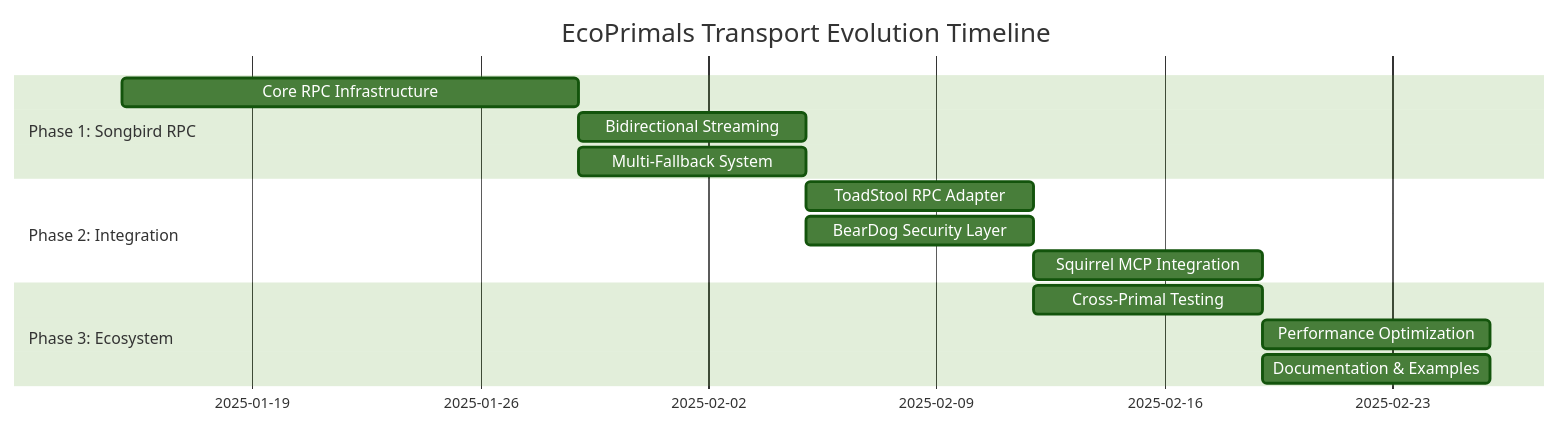
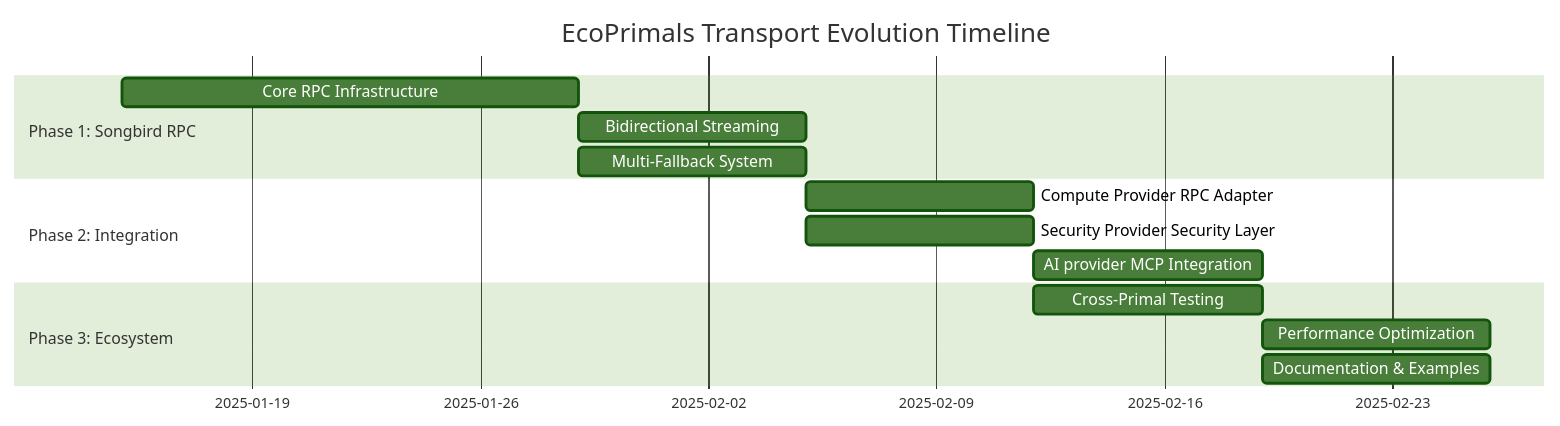
The diagram in specs/TRANSPORT_SYSTEM_EVOLUTION_SPEC.md (ecoPrimals/songBird), drawn with Mermaid (forest theme) before and after one commit. The commit also changed other lines of this file and 318 other files, not shown here.

````diff
--- a/specs/TRANSPORT_SYSTEM_EVOLUTION_SPEC.md
+++ b/specs/TRANSPORT_SYSTEM_EVOLUTION_SPEC.md
@@ -312,19 +312,19 @@
 ```mermaid
 gantt
     title EcoPrimals Transport Evolution Timeline
     dateFormat  YYYY-MM-DD
     section Phase 1: Songbird RPC
     Core RPC Infrastructure    :p1, 2025-01-15, 2w
     Bidirectional Streaming    :p2, after p1, 1w
     Multi-Fallback System      :p3, after p1, 1w
     
     section Phase 2: Integration
-    ToadStool RPC Adapter      :i1, after p2, 1w
-    BearDog Security Layer     :i2, after p3, 1w
-    Squirrel MCP Integration   :i3, after i1, 1w
+    Compute Provider RPC Adapter      :i1, after p2, 1w
+    Security Provider Security Layer     :i2, after p3, 1w
+    AI provider MCP Integration   :i3, after i1, 1w
     
     section Phase 3: Ecosystem
     Cross-Primal Testing       :e1, after i2, 1w
     Performance Optimization   :e2, after i3, 1w
     Documentation & Examples   :e3, after e1, 1w
 ```
````
